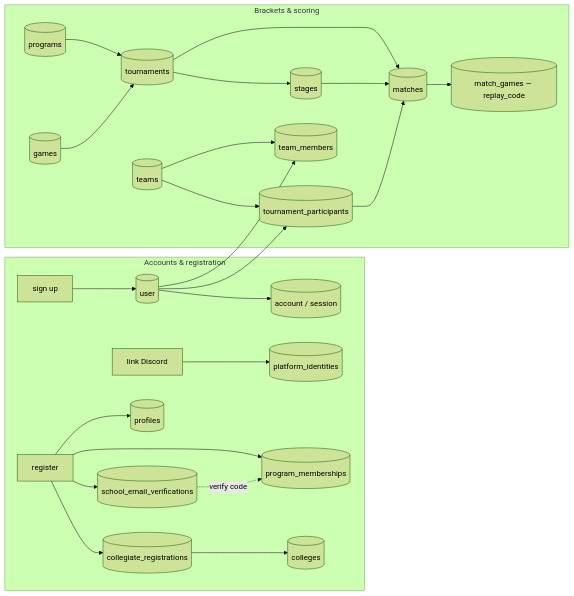
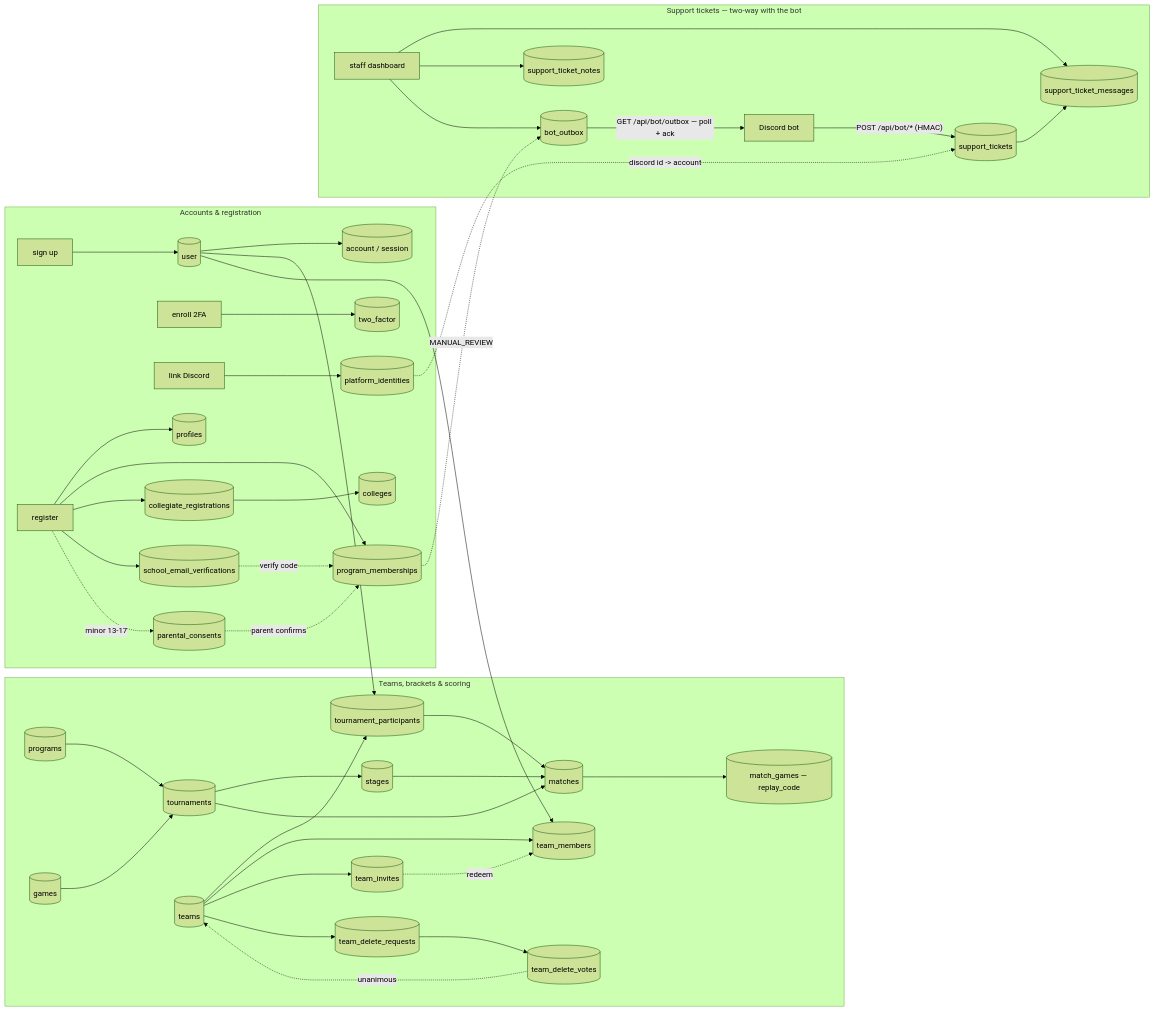
The second of 2 diagrams in db/README.md (FaultFoundation/commons), drawn with Mermaid (forest theme) before and after one commit. The commit also changed other lines of this file and 1 other file, not shown here.

````diff
--- a/db/README.md
+++ b/db/README.md
@@ -333,27 +507,44 @@
 ```mermaid
 flowchart LR
     subgraph acct["Accounts & registration"]
         SU[sign up] --> U[(user)]
         U --> AC[(account / session)]
+        TF[enroll 2FA] --> TWO[(two_factor)]
         DL[link Discord] --> PI[(platform_identities)]
         REG[register] --> PR[(profiles)]
         REG --> PM[(program_memberships)]
         REG --> CR[(collegiate_registrations)]
         CR --> COL[(colleges)]
         REG --> SEV[(school_email_verifications)]
         SEV -. verify code .-> PM
+        REG -. "minor 13-17" .-> PC[(parental_consents)]
+        PC -. parent confirms .-> PM
     end
-    subgraph brk["Brackets & scoring"]
+    subgraph brk["Teams, brackets & scoring"]
         PROG[(programs)] --> T[(tournaments)]
         GM[(games)] --> T
         T --> ST[(stages)]
         T --> M[(matches)]
         ST --> M
         M --> MG[("match_games — replay_code")]
         TM[(teams)] --> TP[(tournament_participants)]
         U --> TP
         TP --> M
         TM --> RM[(team_members)]
         U --> RM
+        TM --> TI[(team_invites)]
+        TI -. redeem .-> RM
+        TM --> TDR[(team_delete_requests)] --> TDV[(team_delete_votes)]
+        TDV -. unanimous .-> TM
+    end
+    subgraph sup["Support tickets — two-way with the bot"]
+        DISC["Discord bot"] -- "POST /api/bot/* (HMAC)" --> SUP[(support_tickets)]
+        SUP --> SMSG[(support_ticket_messages)]
+        DASH["staff dashboard"] --> SMSG
+        DASH --> SNOTE[(support_ticket_notes)]
+        DASH --> OUT[(bot_outbox)]
+        OUT -- "GET /api/bot/outbox — poll + ack" --> DISC
+        PI -. "discord id -> account" .-> SUP
+        PM -. MANUAL_REVIEW .-> OUT
     end
 ```
````
